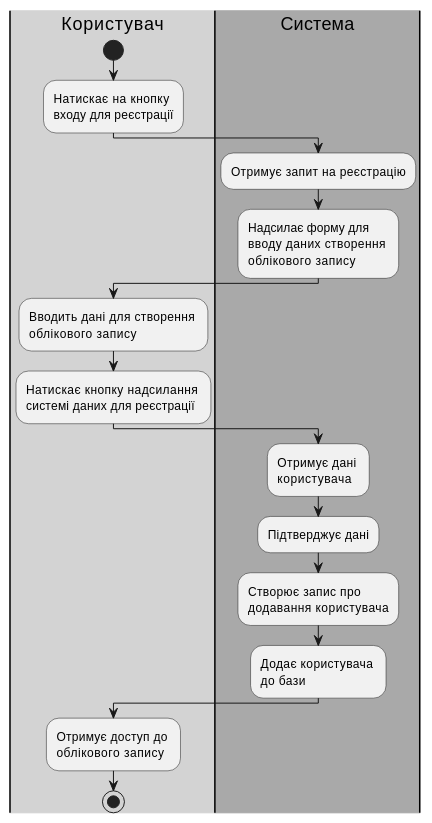
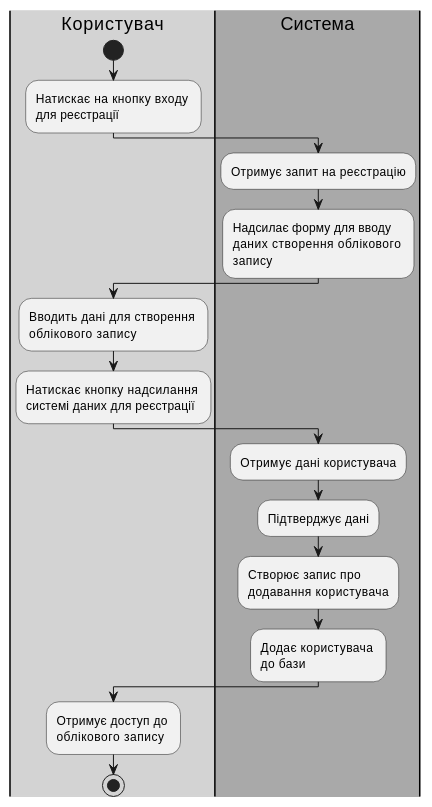
The third of 10 diagrams in docs/use cases/README.md (edu-db/edu_db_labs), drawn with PlantUML before and after one commit. The commit also changed other lines of this file, not shown here.

````diff
--- a/docs/use cases/README.md
+++ b/docs/use cases/README.md
@@ -84,25 +89,23 @@
 ```plantuml
 @startuml
 
 |#lightgrey|Користувач| 
     start
-
-    :Натискає на кнопку \nвходу для реєстрації;
+    :Натискає на кнопку входу \nдля реєстрації;
 |#darkgrey|Система|
     :Отримує запит на реєстрацію;
-    :Надсилає форму для \nвводу даних створення \nоблікового запису;
+    :Надсилає форму для вводу \nданих створення облікового \nзапису;
 |Користувач|
     :Вводить дані для створення \nоблікового запису;
     :Натискає кнопку надсилання \nсистемі даних для реєстрації;
 |Система|
-    :Отримує дані \nкористувача;
+    :Отримує дані користувача;
     :Підтверджує дані;
     :Створює запис про \nдодавання користувача;
     :Додає користувача \nдо бази;
 |Користувач| 
     :Отримує доступ до \nоблікового запису;
-    
     stop
 
 @enduml
 ```
````
